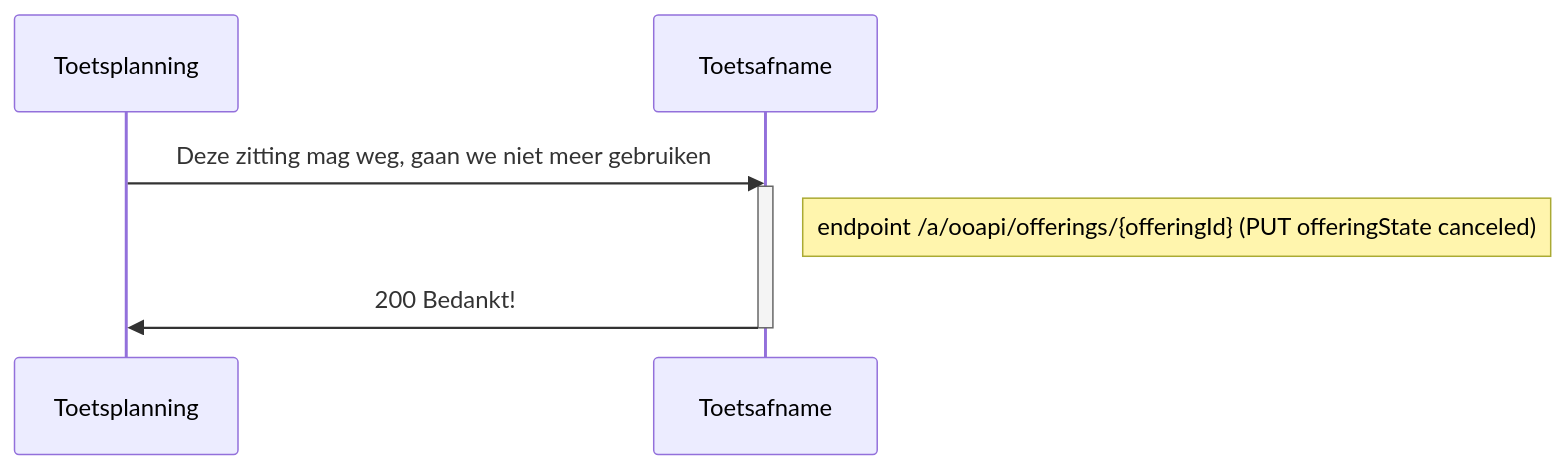
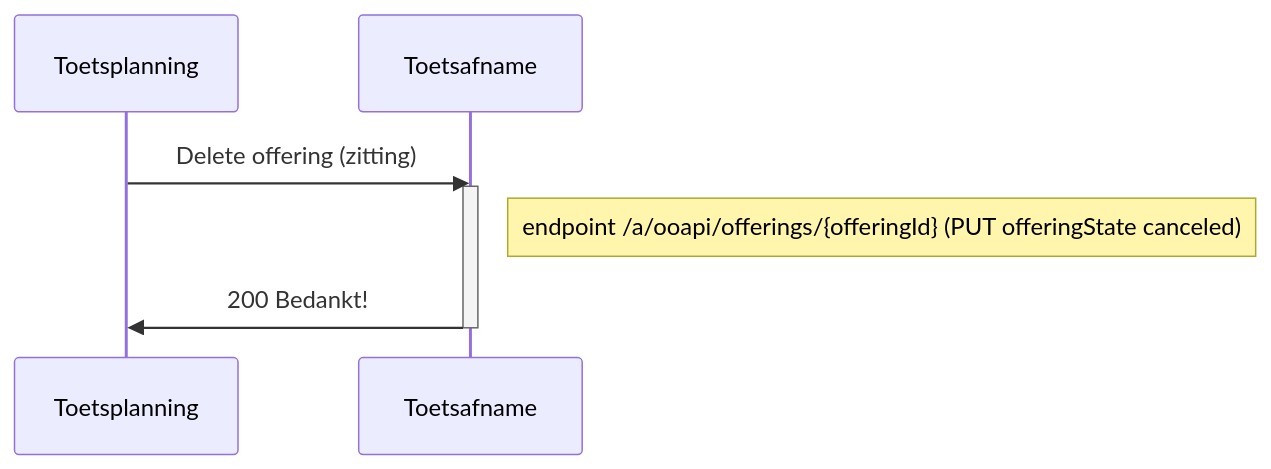
The seventh of 8 diagrams in doc/flow2.md (NetwerkExamineringDigitalisering/NED-OOAPI), drawn with Mermaid before and after one commit. The commit also changed other lines of this file, not shown here.

First line of the commit message:
Update flow2.md

````diff
--- a/doc/flow2.md
+++ b/doc/flow2.md
@@ -327,8 +330,8 @@
 ```mermaid
 sequenceDiagram
-    Toetsplanning->>Toetsafname: Deze zitting mag weg, gaan we niet meer gebruiken
+    Toetsplanning->>Toetsafname: Delete offering (zitting)
     activate Toetsafname
     Note right of Toetsafname: endpoint /a/ooapi/offerings/{offeringId} (PUT offeringState canceled)
     Toetsafname->>Toetsplanning: 200 Bedankt!
     deactivate Toetsafname
 ```
````
